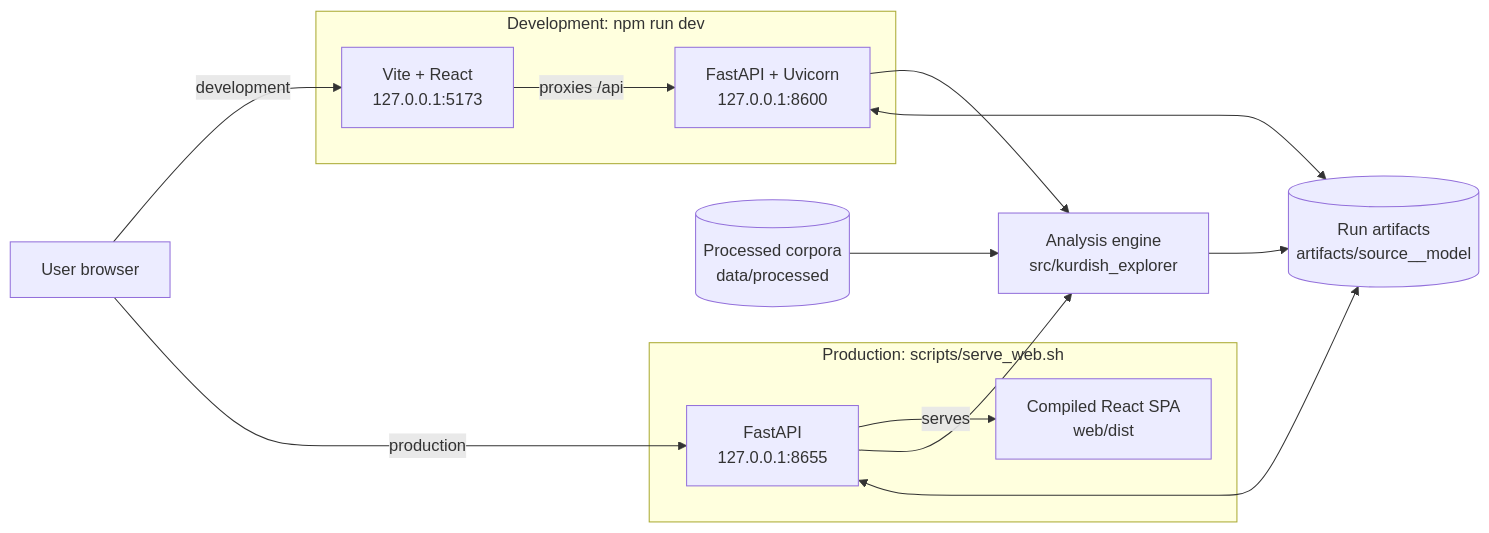
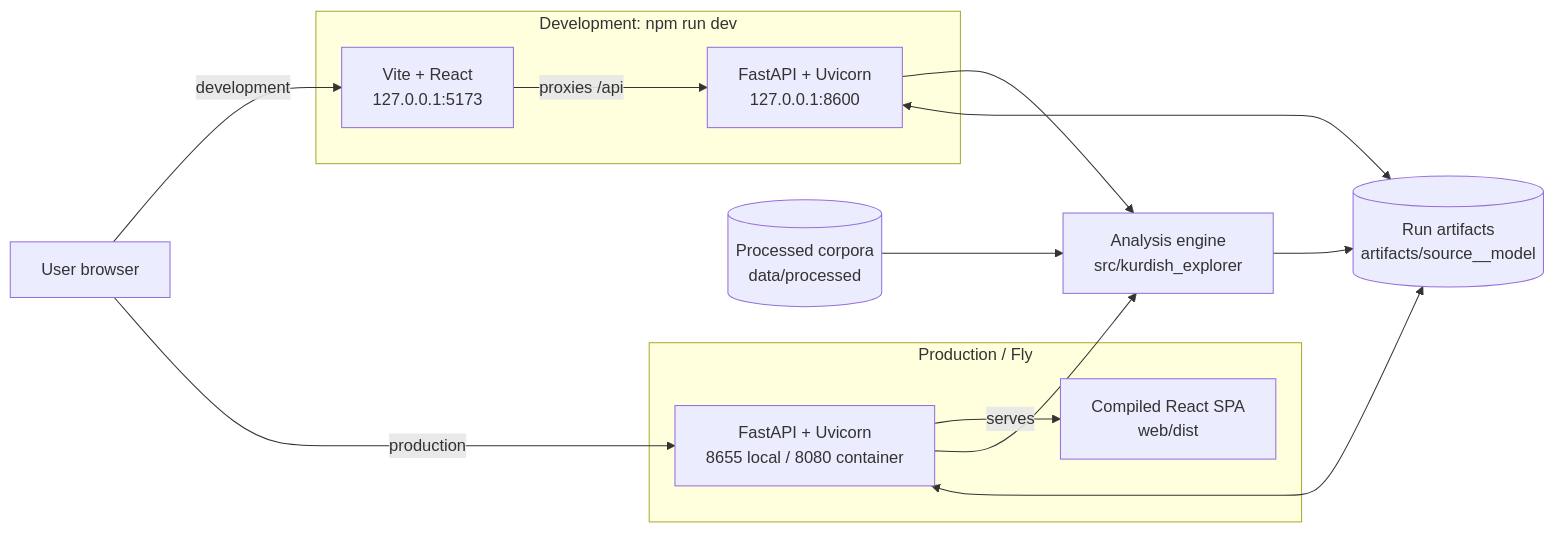
One commit to SawabS/NLP_KurdishDataExplorer changed the first of 3 diagrams in wiki/synthesis/application-architecture-and-operation.md. Above: the diagram before and after it, drawn with Mermaid. The commit also changed other lines of this file and 9 other files, not shown here.

````diff
--- a/wiki/synthesis/application-architecture-and-operation.md
+++ b/wiki/synthesis/application-architecture-and-operation.md
@@ -39,29 +46,29 @@
 ```mermaid
 flowchart LR
     User[User browser]
 
     subgraph Dev[Development: npm run dev]
         Vite[Vite + React<br/>127.0.0.1:5173]
         API[FastAPI + Uvicorn<br/>127.0.0.1:8600]
         Vite -- proxies /api --> API
     end
 
-    subgraph Prod[Production: scripts/serve_web.sh]
-        Host[FastAPI<br/>127.0.0.1:8655]
+    subgraph Prod[Production / Fly]
+        Host[FastAPI + Uvicorn<br/>8655 local / 8080 container]
         Static[Compiled React SPA<br/>web/dist]
         Host -- serves --> Static
     end
 
     Engine[Analysis engine<br/>src/kurdish_explorer]
     Store[(Run artifacts<br/>artifacts/source__model)]
     Sources[(Processed corpora<br/>data/processed)]
 
     User -->|development| Vite
     User -->|production| Host
     API --> Engine
     Host --> Engine
     API <--> Store
     Host <--> Store
     Engine --> Store
     Sources --> Engine
 ```
````
